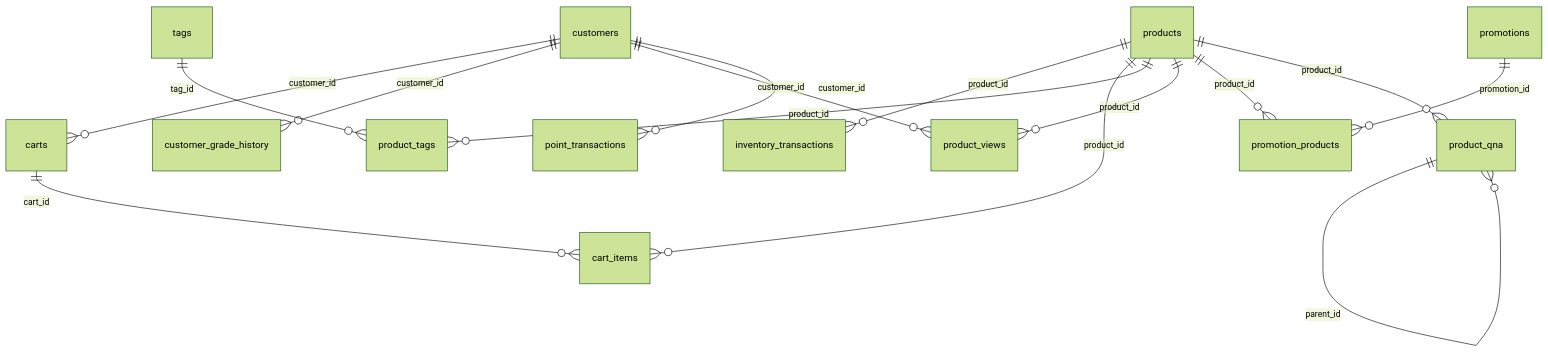
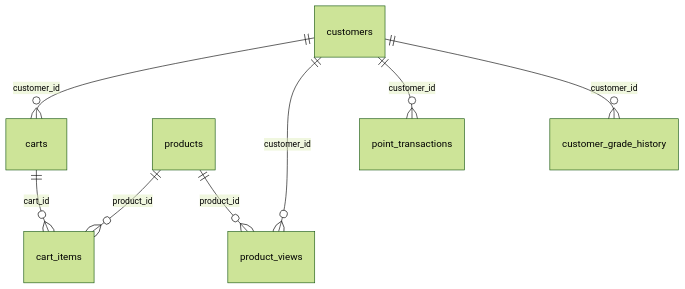
One commit to civilian7/sql-tutorial changed the ninth of 12 diagrams in docs/en/schema/index.md. Above: the diagram before and after it, drawn with Mermaid (forest theme). The commit also changed other lines of this file and 121 other files, not shown here.

````diff
--- a/docs/en/schema/index.md
+++ b/docs/en/schema/index.md
@@ -54,17 +101,10 @@
 ```mermaid
 erDiagram
-    products ||--o{ inventory_transactions : "product_id"
     customers ||--o{ carts : "customer_id"
     carts ||--o{ cart_items : "cart_id"
     products ||--o{ cart_items : "product_id"
-    customers ||--o{ customer_grade_history : "customer_id"
-    tags ||--o{ product_tags : "tag_id"
-    products ||--o{ product_tags : "product_id"
     customers ||--o{ product_views : "customer_id"
     products ||--o{ product_views : "product_id"
     customers ||--o{ point_transactions : "customer_id"
-    promotions ||--o{ promotion_products : "promotion_id"
-    products ||--o{ promotion_products : "product_id"
-    products ||--o{ product_qna : "product_id"
-    product_qna ||--o{ product_qna : "parent_id"
+    customers ||--o{ customer_grade_history : "customer_id"
 ```
````
